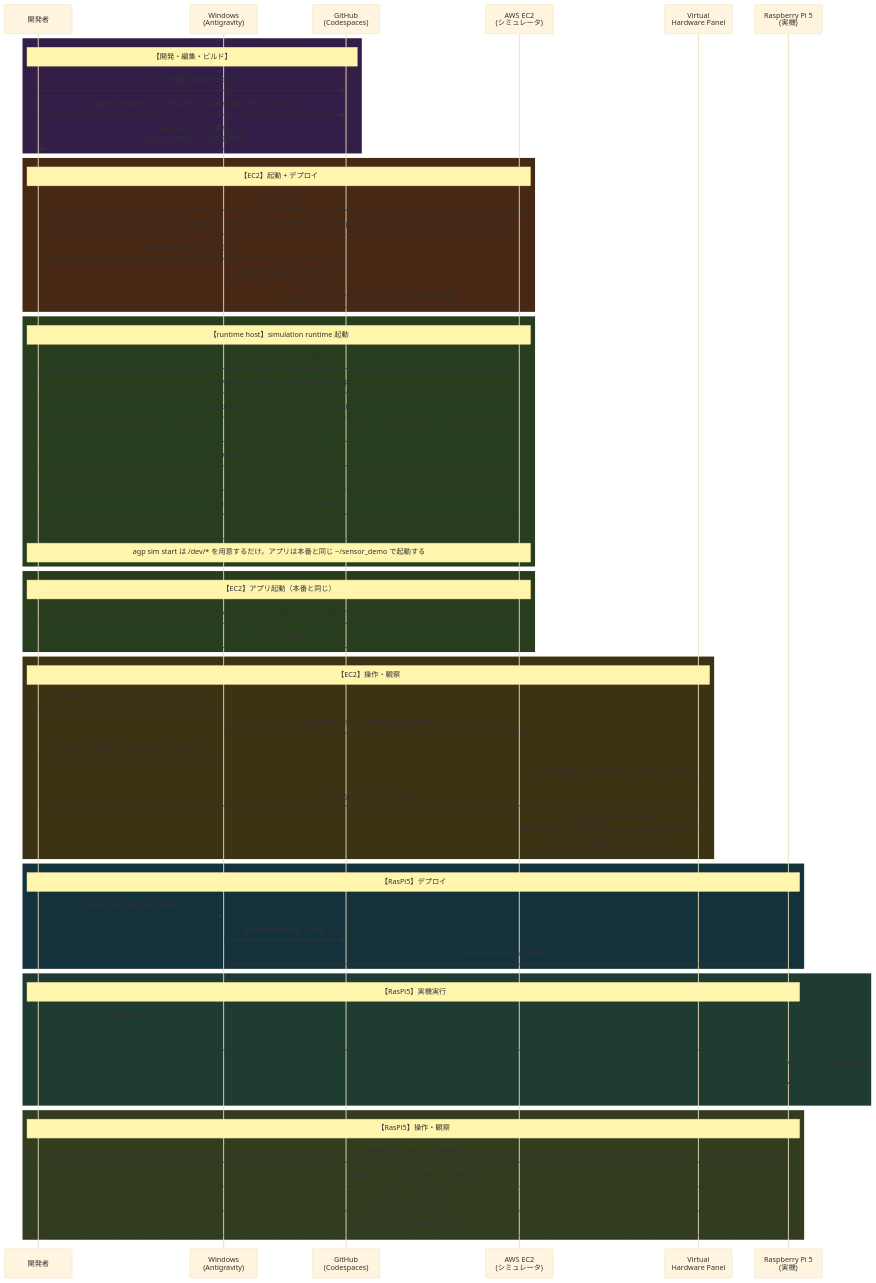
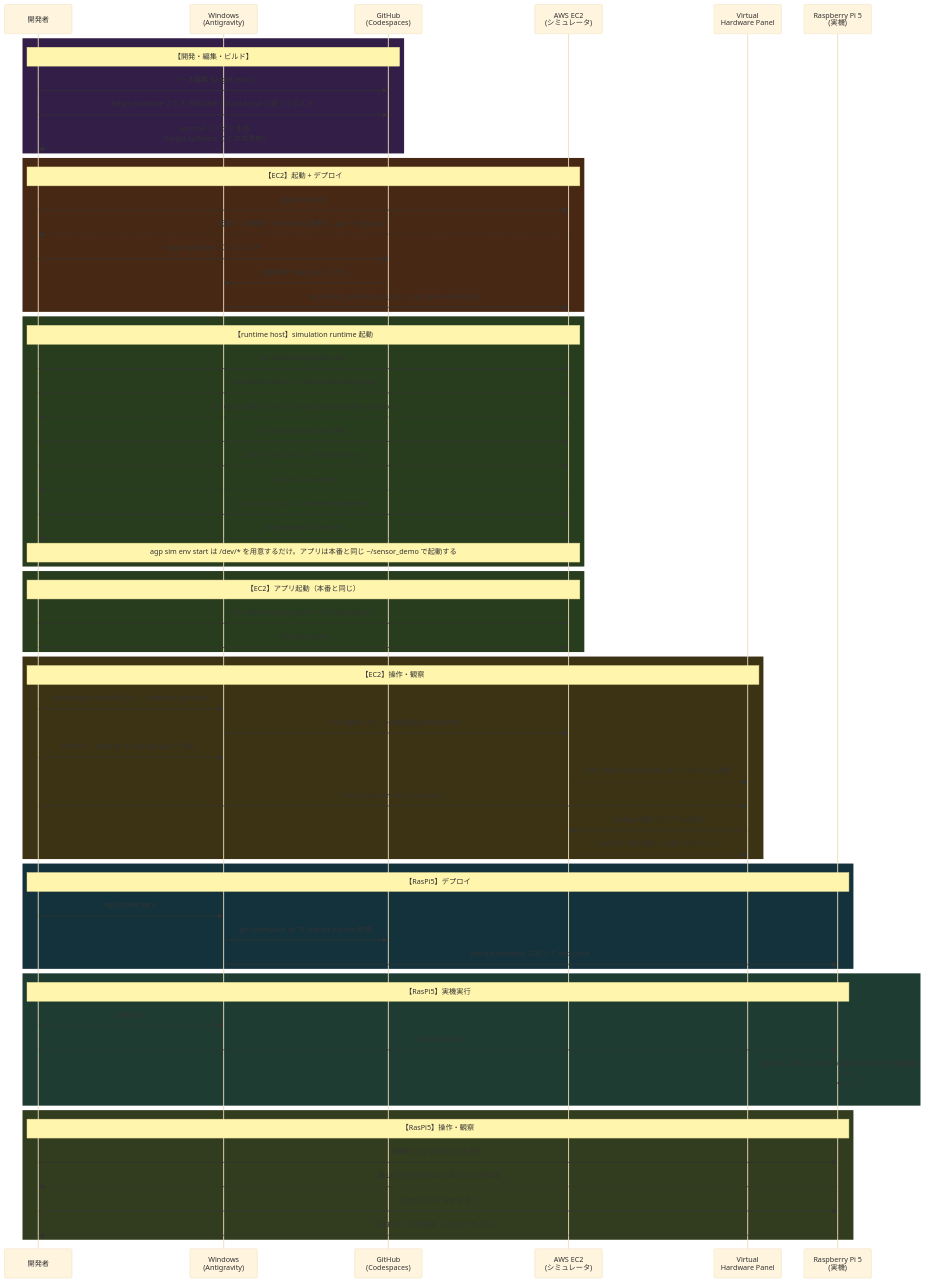
Before and after one commit to ThousandsOfTies/GaplessAgentRuntime: the diagram in docs/02_WORKFLOW.md, drawn with Mermaid (base theme). The commit also changed other lines of this file and 27 other files, not shown here.

````diff
--- a/docs/02_WORKFLOW.md
+++ b/docs/02_WORKFLOW.md
@@ -34,77 +34,77 @@
 ```mermaid
 sequenceDiagram
     participant Dev as 開発者
     participant Win as Windows<br/>(Antigravity)
     participant GH as GitHub<br/>(Codespaces)
     participant EC2 as AWS EC2<br/>(シミュレータ)
     participant Panel as Virtual<br/>Hardware Panel
     participant RPi as Raspberry Pi 5<br/>(実機)
 
     rect rgb(50, 30, 70)
         Note over Dev,GH: 【開発・編集・ビルド】
         Dev->>GH: ソース編集 (target repo)
         Dev->>GH: target software ごとの README / build script に従ってビルド
         GH-->>Dev: aarch64 バイナリ生成<br/>(target software ごとの成果物)
     end
 
     rect rgb(70, 40, 20)
         Note over Dev,EC2: 【EC2】起動 + デプロイ
-        Dev->>EC2: agp ec2 start
+        Dev->>EC2: agp sim boot
         EC2-->>Dev: 起動 + IP 取得 + SSH config 更新（--pull で git pull）
         Dev->>GH: target software ごとのビルド
         GH->>Win: 成果物を WSL hub にコピー
         Win->>EC2: scp sensor_demo / cuse_i2c / cuse_spi / web-bridge/
     end
 
     rect rgb(40, 60, 30)
         Note over Dev,EC2: 【runtime host】simulation runtime 起動
         Dev->>EC2: ssh vibecode-graviton (①)
         Dev->>EC2: ~/venv/bin/python3 ~/web-bridge/bridge.py
-        EC2-->>Dev: [bridge] :8080 / :8765 / /tmp/hw_sim.sock
+        EC2-->>Dev: [bridge] :8080 / :8765 / /run/agentcockpit/hw_sim.sock
         Dev->>EC2: ssh vibecode-graviton (②)
         Dev->>EC2: sudo ~/cuse_i2c -f --devname=i2c-1
         EC2-->>Dev: /dev/i2c-1 created
         Dev->>EC2: sudo ~/cuse_spi -f --devname=spidev0.0
         EC2-->>Dev: /dev/spidev0.0 created
-        Note over Dev,EC2: agp sim start は /dev/* を用意するだけ。アプリは本番と同じ ~/sensor_demo で起動する
+        Note over Dev,EC2: agp sim env start は /dev/* を用意するだけ。アプリは本番と同じ ~/sensor_demo で起動する
     end
 
     rect rgb(40, 60, 30)
         Note over Dev,EC2: 【EC2】アプリ起動（本番と同じ）
         Dev->>EC2: VS Code terminal profile "EC2 Simulation"
         Dev->>EC2: ~/sensor_demo
     end
 
     rect rgb(60, 50, 20)
         Note over Dev,Panel: 【EC2】操作・観察
         Dev->>Win: Antigravity: Remote-SSH → vibecode-graviton
         Win->>EC2: SSH 接続 + ポート自動転送 (8080/8765)
         Dev->>Win: PORTS → 8080 を Simple Browser で開く
         EC2-->>Panel: LED / OLED framebuffer をリアルタイム送信
         Dev->>Panel: PUSH (system ON) / Tap Card
         Panel->>EC2: bridge 経由でアプリへ反映
         EC2-->>Panel: OLED に UID 表示 + LED2 フラッシュ
     end
 
     rect rgb(20, 50, 60)
         Note over Dev,RPi: 【RasPi5】デプロイ
-        Dev->>Win: C:\VibeCode\raspi.ps1 deploy
-        Win->>GH: gh codespace cp で取得
-        Win->>RPi: adb push sensor_demo
+        Dev->>Win: agp native sync
+        Win->>GH: gh codespace cp で artifact bundle 取得
+        Win->>RPi: artifact manifest に従って adb push
     end
 
     rect rgb(30, 60, 50)
         Note over Dev,RPi: 【RasPi5】実機実行
         Dev->>Win: adb shell
         Dev->>RPi: ~/sensor_demo
         RPi->>RPi: 実 GPIO / 実 I2C OLED / 実 SPI RFID を直接制御
     end
 
     rect rgb(50, 60, 30)
         Note over Dev,RPi: 【RasPi5】操作・観察
         Dev->>RPi: 物理ボタン (GPIO17) を押す
         RPi-->>Dev: 実 LED (GPIO18/24) / 実 OLED が反応
         Dev->>RPi: RFID カードをかざす
         RPi-->>Dev: OLED に UID 表示 + LED2 フラッシュ
     end
 ```
````
